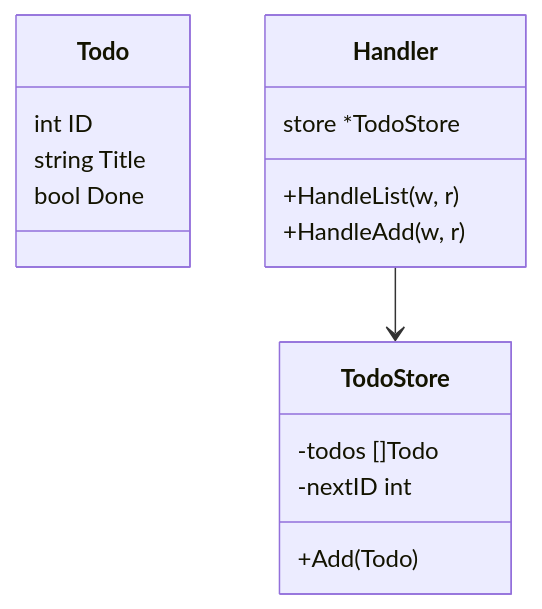
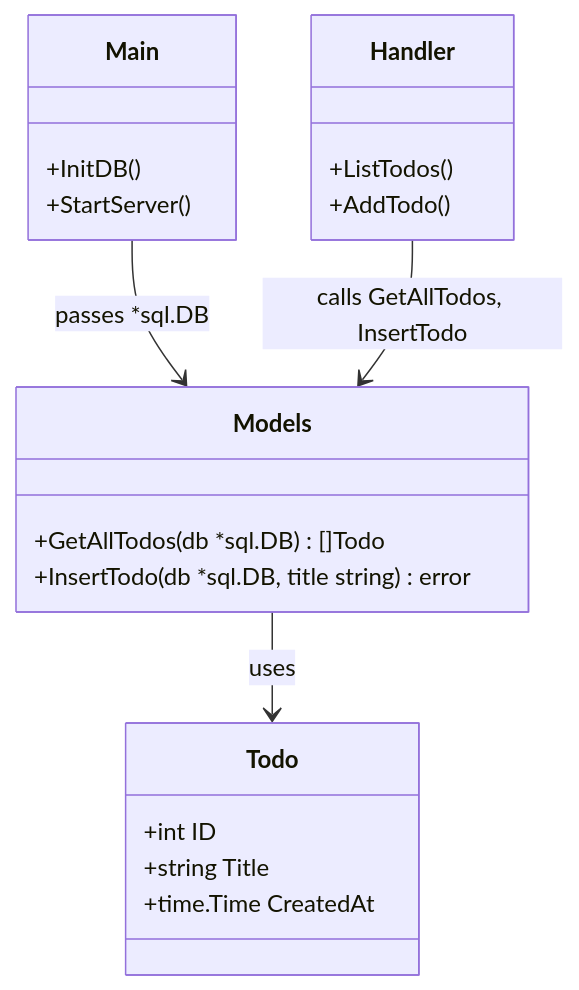
One commit to toruneko388/go-todo-dev changed the diagram in design/03_detail/class_diagram.md. Above: the diagram before and after it, drawn with Mermaid. The commit also changed other lines of this file and 6 other files, not shown here.

````diff
--- a/design/03_detail/class_diagram.md
+++ b/design/03_detail/class_diagram.md
@@ -6,22 +5,27 @@
 ```mermaid
 classDiagram
     class Todo {
-        int ID
-        string Title
-        bool Done
+        +int ID
+        +string Title
+        +time.Time CreatedAt
     }
 
-    class TodoStore {
-        +Add(Todo)
-        -todos []Todo
-        -nextID int
+    class Models {
+        +GetAllTodos(db *sql.DB) []Todo
+        +InsertTodo(db *sql.DB, title string) error
     }
 
     class Handler {
-        +HandleList(w, r)
-        +HandleAdd(w, r)
-        store *TodoStore
+        +ListTodos()
+        +AddTodo()
     }
 
-    Handler --> TodoStore
+    class Main {
+        +InitDB()
+        +StartServer()
+    }
+
+    Main --> Models : passes *sql.DB
+    Handler --> Models : calls GetAllTodos, InsertTodo
+    Models --> Todo : uses
 ```
````
